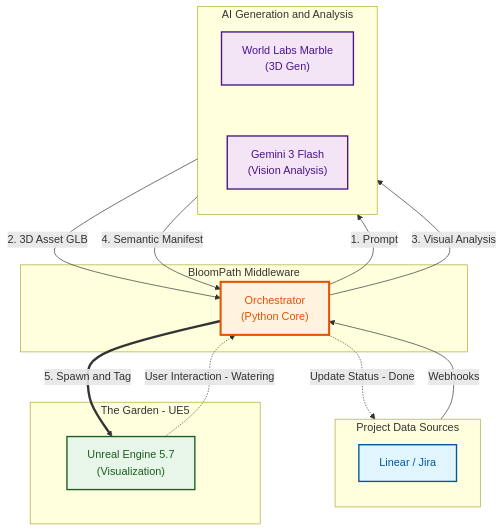
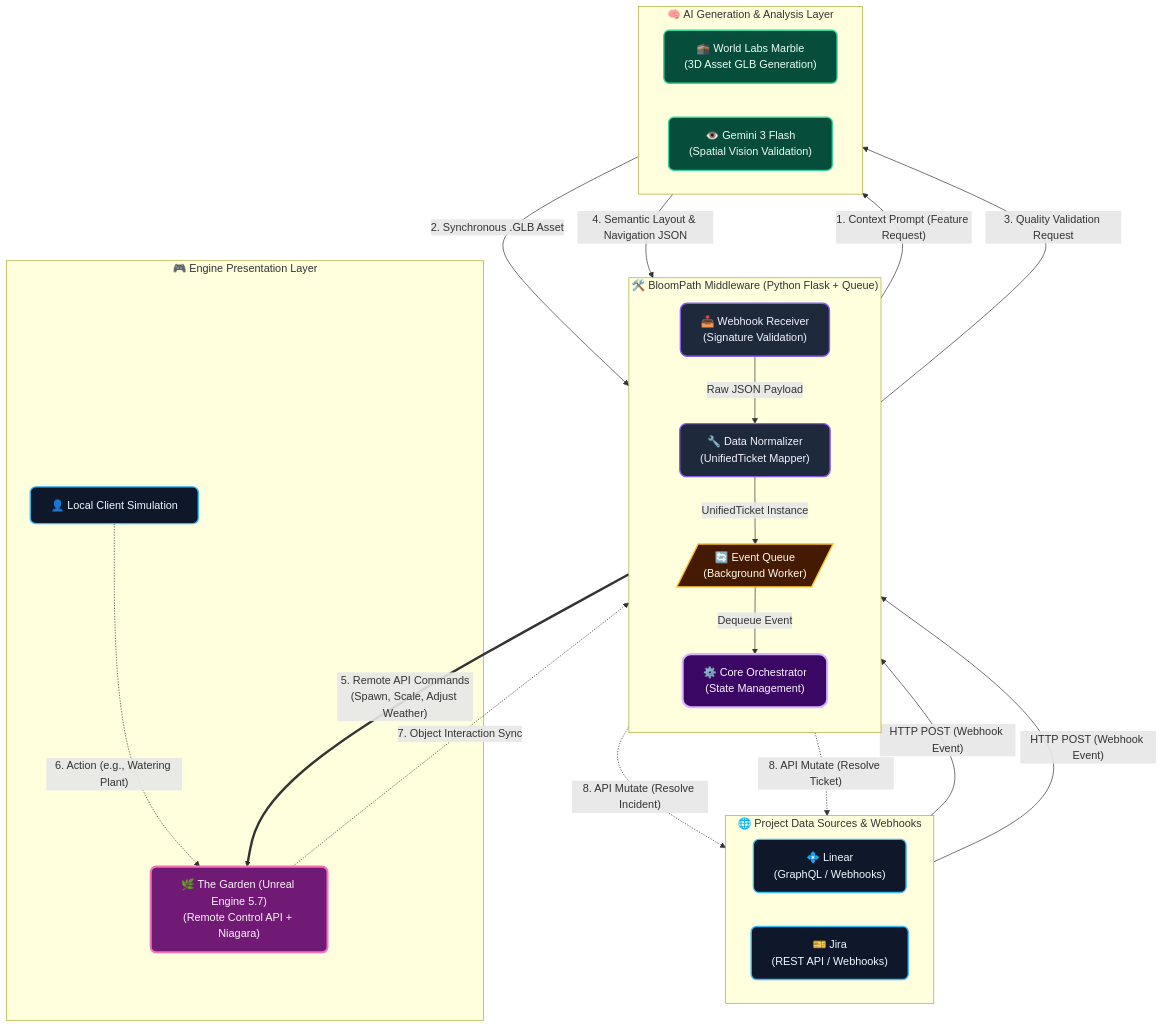
Before and after one commit to petripaananen/BloomPath: the diagram in README.md, drawn with Mermaid. The commit also changed 3 other files, not shown here.

Commit message:
Update technical diagram, upgrade dependencies, fix ngrok script

````diff
--- a/README.md
+++ b/README.md
@@ -8,45 +8,58 @@
 ```mermaid
-flowchart TD
-    %% Define Styles
-    classDef source fill:#e1f5fe,stroke:#01579b,stroke-width:2px,color:#01579b
-    classDef middleware fill:#fff3e0,stroke:#e65100,stroke-width:3px,color:#e65100
-    classDef ai fill:#f3e5f5,stroke:#4a148c,stroke-width:2px,color:#4a148c
-    classDef viz fill:#e8f5e9,stroke:#1b5e20,stroke-width:2px,color:#1b5e20
+flowchart TB
+    %% Modern Technical Styling
+    classDef source fill:#0F172A,stroke:#38BDF8,stroke-width:2px,color:#F0F9FF,rx:8,ry:8
+    classDef middleware fill:#1E293B,stroke:#8B5CF6,stroke-width:2px,color:#F5F3FF,rx:10,ry:10
+    classDef core fill:#3B0764,stroke:#D8B4FE,stroke-width:3px,color:#FAF5FF,rx:12,ry:12
+    classDef ai fill:#064E3B,stroke:#34D399,stroke-width:2px,color:#ECFDF5,rx:8,ry:8
+    classDef engine fill:#701A75,stroke:#F472B6,stroke-width:3px,color:#FDF2F8,rx:8,ry:8
+    classDef queue fill:#451A03,stroke:#FBBF24,stroke-width:2px,color:#FFFBEB,rx:20,ry:20
 
-    subgraph DataSources [Project Data Sources]
-        direction TB
-        ProjectData["Linear / Jira"]:::source
+    subgraph Data ["🌐 Project Data Sources & Webhooks"]
+        direction LR
+        Linear["💠 Linear<br/>(GraphQL / Webhooks)"]:::source
+        Jira["🎫 Jira<br/>(REST API / Webhooks)"]:::source
     end
 
-    subgraph Middleware [BloomPath Middleware]
-        Orch["Orchestrator<br/>(Python Core)"]:::middleware
+    subgraph Middleware ["🛠️ BloomPath Middleware (Python Flask + Queue)"]
+        direction TB
+        Receiver["📥 Webhook Receiver<br/>(Signature Validation)"]:::middleware
+        Normalizer["🔧 Data Normalizer<br/>(UnifiedTicket Mapper)"]:::middleware
+        EventQ[/"🔄 Event Queue<br/>(Background Worker)"/]:::queue
+        Orch["⚙️ Core Orchestrator<br/>(State Management)"]:::core
+        
+        Receiver -->|Raw JSON Payload| Normalizer
+        Normalizer -->|UnifiedTicket Instance| EventQ
+        EventQ -->|Dequeue Event| Orch
     end
 
-    subgraph AI [AI Generation and Analysis]
-        direction TB
-        Marble["World Labs Marble<br/>(3D Gen)"]:::ai
-        Gemini["Gemini 3 Flash<br/>(Vision Analysis)"]:::ai
-        %% Force Vertical Stack
-        Marble ~~~ Gemini
+    subgraph Intelligence ["🧠 AI Generation & Analysis Layer"]
+        direction LR
+        Marble["🕋 World Labs Marble<br/>(3D Asset GLB Generation)"]:::ai
+        Gemini["👁️ Gemini 3 Flash<br/>(Spatial Vision Validation)"]:::ai
     end
 
-    subgraph Viz [The Garden - UE5]
-        UE5["Unreal Engine 5.7<br/>(Visualization)"]:::viz
+    subgraph Visualization ["🎮 Engine Presentation Layer"]
+        UE5["🌿 The Garden (Unreal Engine 5.7)<br/>(Remote Control API + Niagara)"]:::engine
+        Client["👤 Local Client Simulation"]:::source
     end
 
-    %% Data Ingestion
-    ProjectData -->|Webhooks| Orch
+    %% Data Ingestion Flow
+    Linear -- "HTTP POST (Webhook Event)" --> Receiver
+    Jira -- "HTTP POST (Webhook Event)" --> Receiver
 
-    %% Orchestrator Loop
-    Orch -->|1. Prompt| Marble
-    Marble -->|2. 3D Asset GLB| Orch
-    Orch -->|3. Visual Analysis| Gemini
-    Gemini -->|4. Semantic Manifest| Orch
+    %% AI Loop
+    Orch -- "1. Context Prompt (Feature Request)" --> Marble
+    Marble -- "2. Synchronous .GLB Asset" --> Orch
+    Orch -- "3. Quality Validation Request" --> Gemini
+    Gemini -- "4. Semantic Layout & Navigation JSON" --> Orch
 
-    %% Visualization
-    Orch ==>|5. Spawn and Tag| UE5
+    %% Render Loop
+    Orch == "5. Remote API Commands<br/>(Spawn, Scale, Adjust Weather)" ==> UE5
     
-    %% Bidirectional Feedback Loop
-    UE5 -.->|User Interaction - Watering| Orch
-    Orch -.->|Update Status - Done| ProjectData
+    %% Feedback Loop
+    Client -. "6. Action (e.g., Watering Plant)" .-> UE5
+    UE5 -. "7. Object Interaction Sync" .-> Receiver
+    Orch -. "8. API Mutate (Resolve Incident)" .-> Linear
+    Orch -. "8. API Mutate (Resolve Ticket)" .-> Jira
 ```
````
